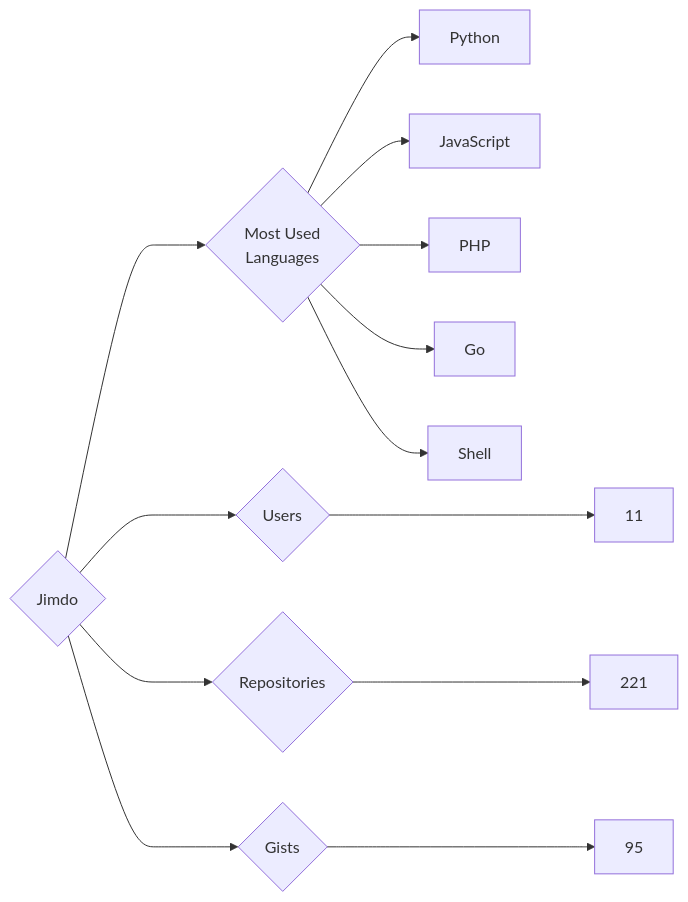
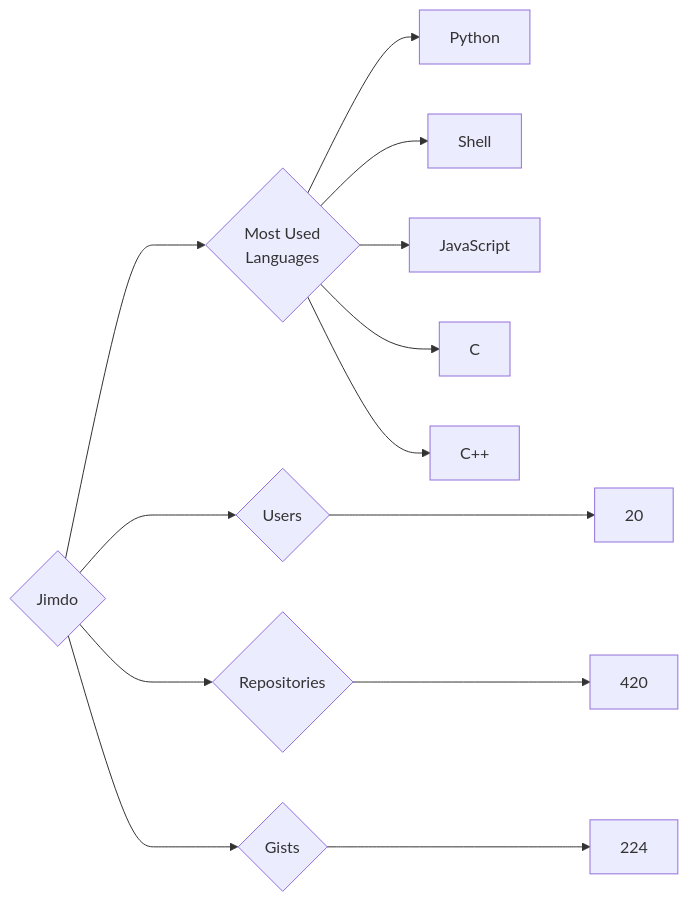
The diagram in targets/Jimdo/README.md (trickest/insiders), drawn with Mermaid before and after one commit. The commit also changed 750 other files, not shown here.

````diff
--- a/targets/Jimdo/README.md
+++ b/targets/Jimdo/README.md
@@ -3,13 +3,13 @@
 ```mermaid
 graph LR
 COMPANY_NAME{Jimdo}
-COMPANY_NAME ---> U{Users} ---> UN[11]
-COMPANY_NAME ---> R{Repositories} ---> RN[221]
-COMPANY_NAME ---> G{Gists} ---> GN[95]
+COMPANY_NAME ---> U{Users} ---> UN[20]
+COMPANY_NAME ---> R{Repositories} ---> RN[420]
+COMPANY_NAME ---> G{Gists} ---> GN[224]
 COMPANY_NAME ---> ML{Most Used<br>Languages}
 ML --> Python[Python]
+ML --> Shell[Shell]
 ML --> JavaScript[JavaScript]
-ML --> PHP[PHP]
-ML --> Go[Go]
-ML --> Shell[Shell]
+ML --> C[C]
+ML --> C++[C++]
 ```
````
